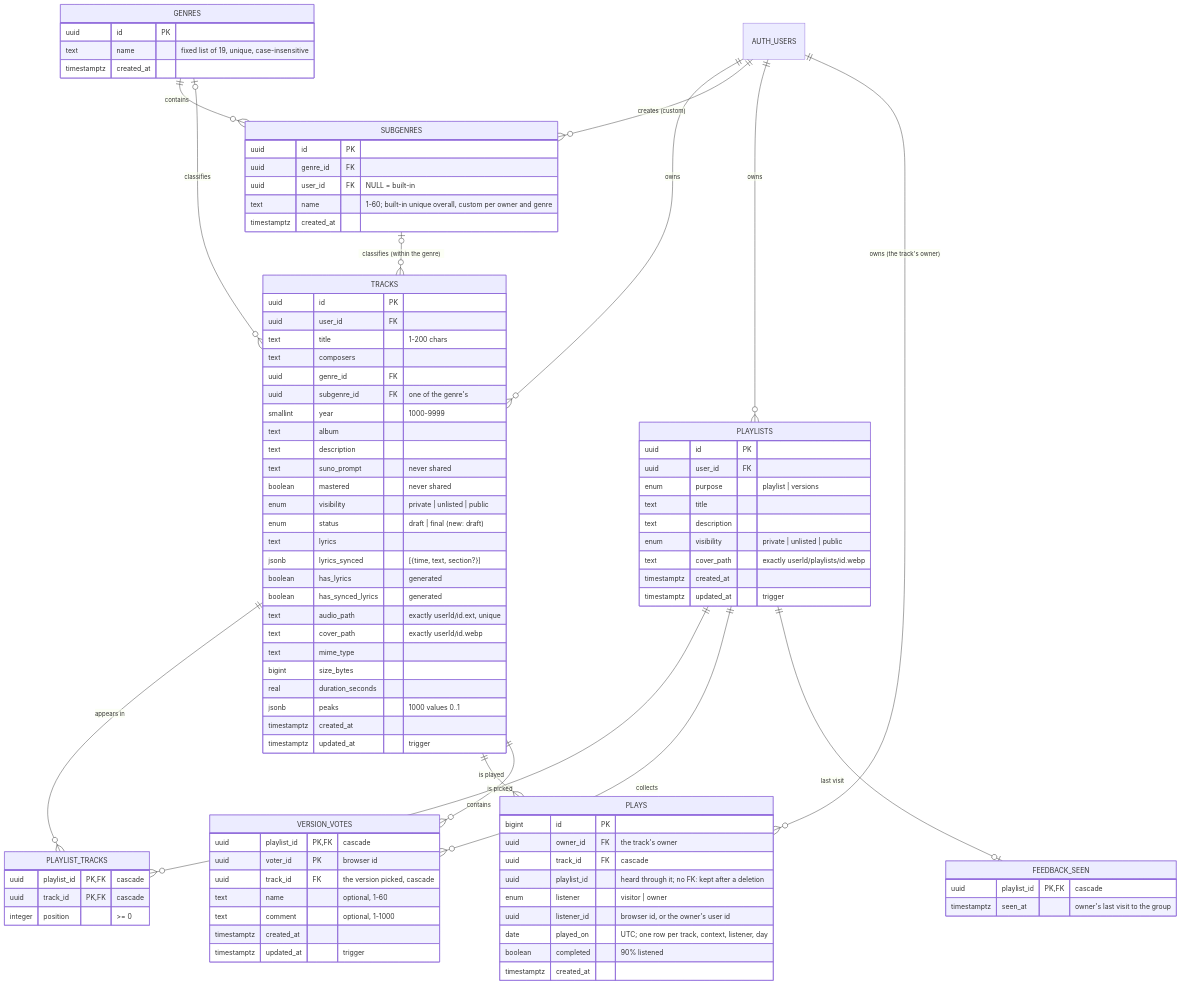
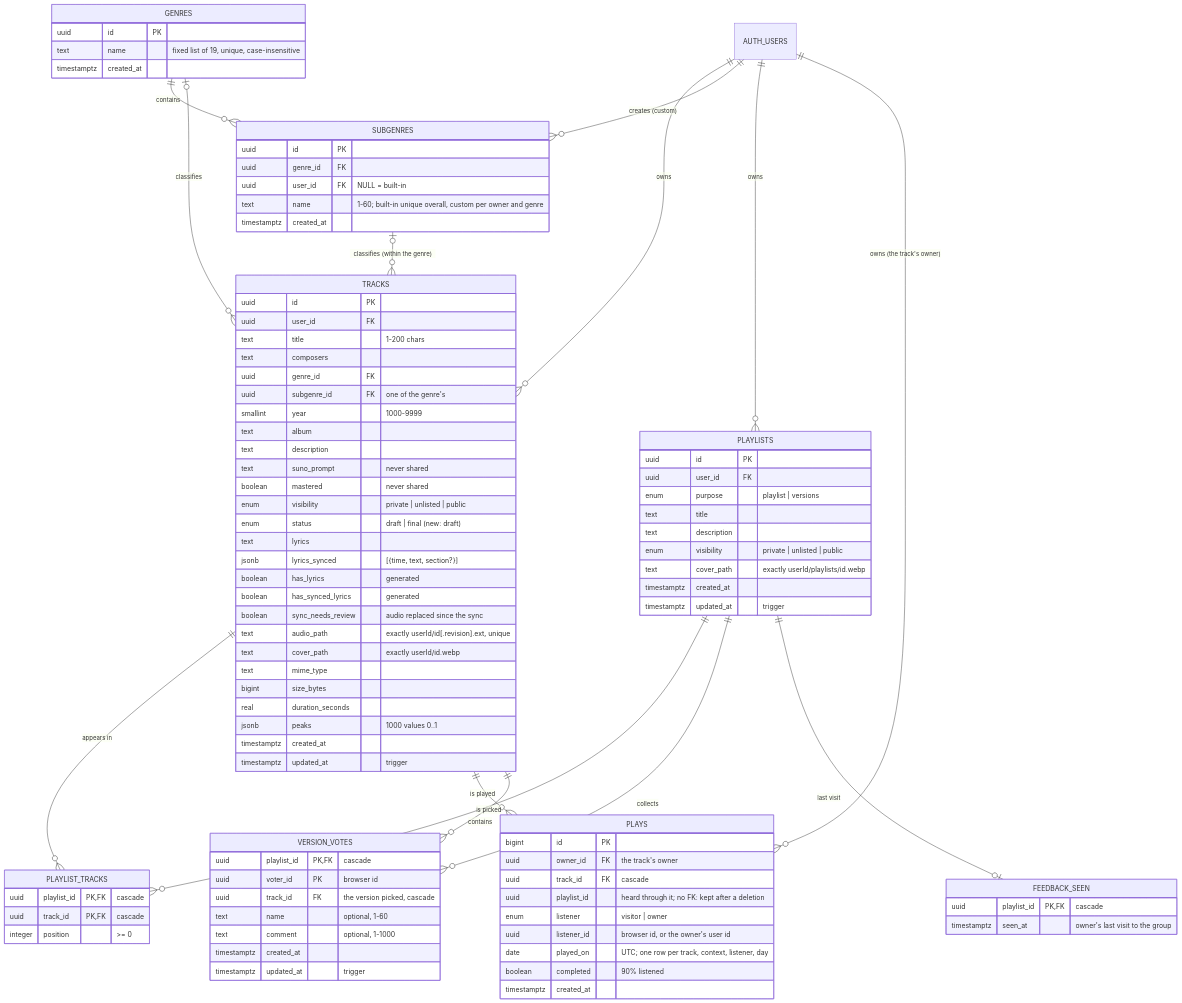
Before and after one commit to alesssz/Chronovault: the diagram in docs/08-data-model-and-security.md, drawn with Mermaid. The commit also changed other lines of this file and 36 other files, not shown here.

```diff
--- a/docs/08-data-model-and-security.md
+++ b/docs/08-data-model-and-security.md
@@ -36,7 +36,8 @@
     jsonb lyrics_synced "[{time, text, section?}]"
     boolean has_lyrics "generated"
     boolean has_synced_lyrics "generated"
-    text audio_path "exactly userId/id.ext, unique"
+    boolean sync_needs_review "audio replaced since the sync"
+    text audio_path "exactly userId/id[.revision].ext, unique"
     text cover_path "exactly userId/id.webp"
     text mime_type
     bigint size_bytes
```
